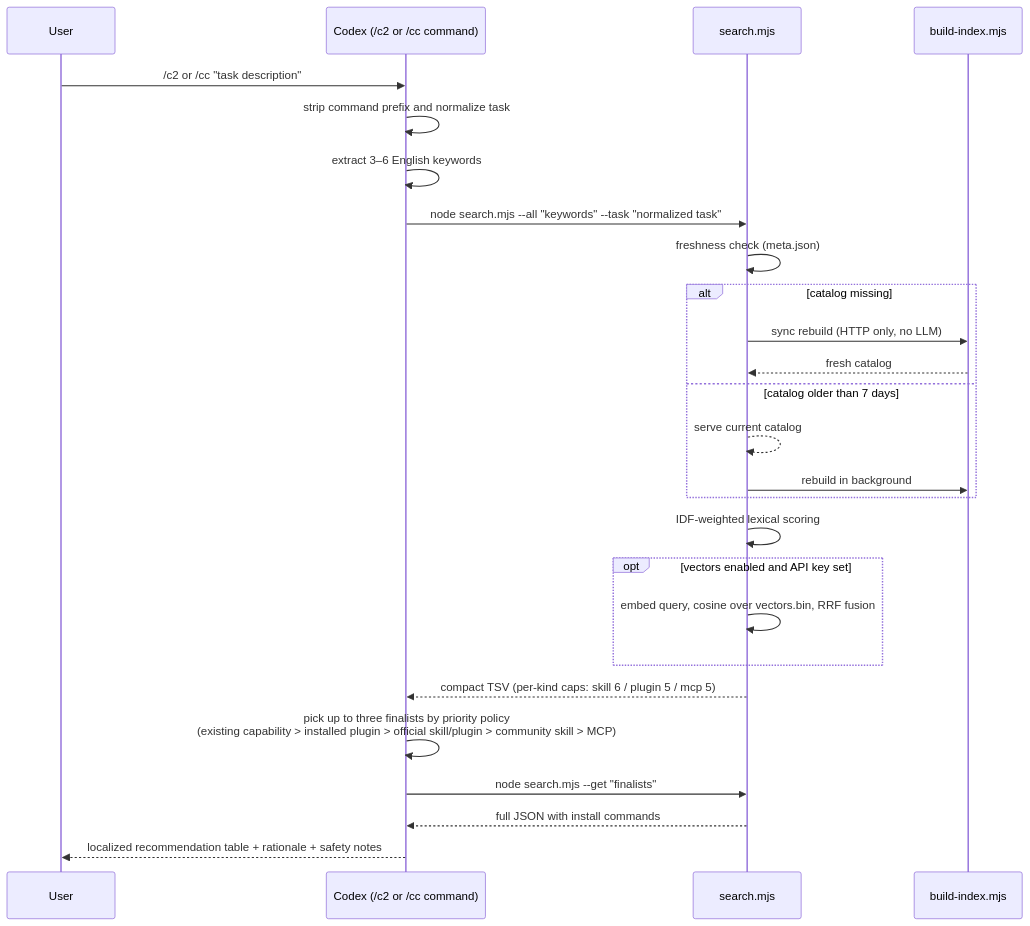
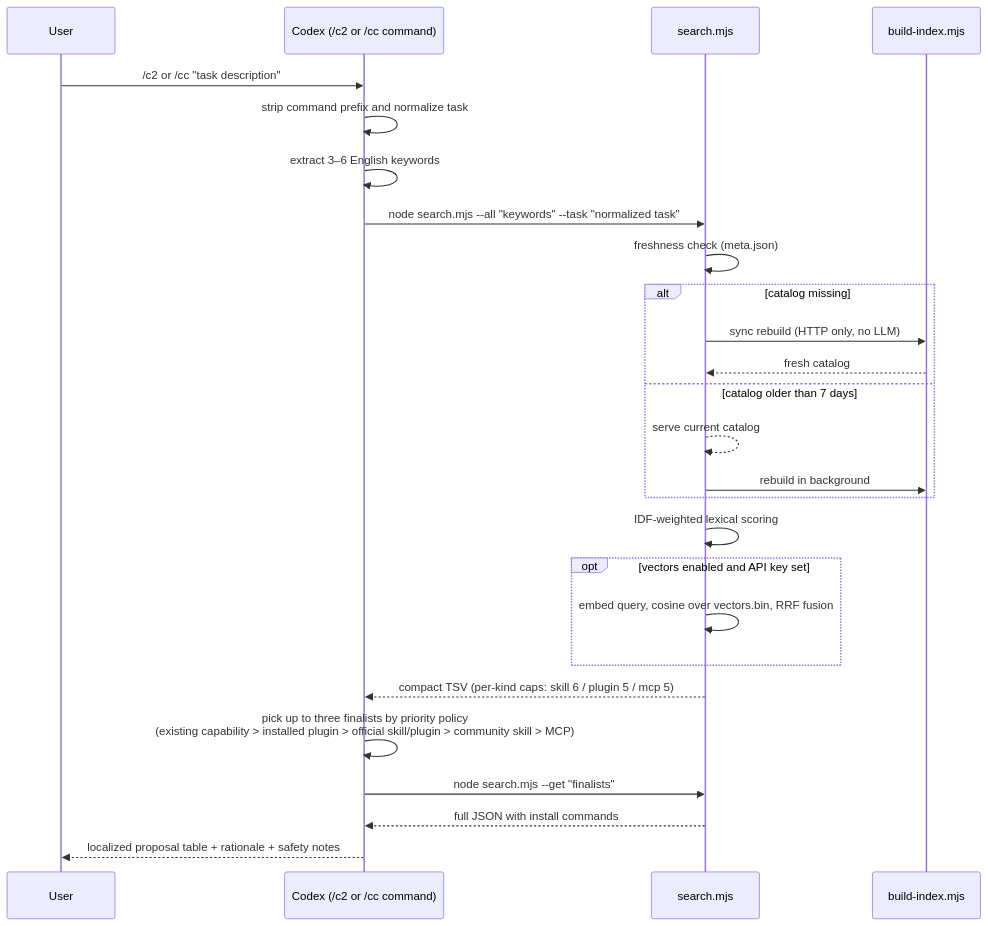
One commit to happygoluckydev/c2 changed the second of 2 diagrams in README.md. Above: the diagram before and after it, drawn with Mermaid. The commit also changed other lines of this file, not shown here.

````diff
--- a/README.md
+++ b/README.md
@@ -85,29 +85,29 @@
 ```mermaid
 sequenceDiagram
     participant U as User
     participant C as Codex (/c2 or /cc command)
     participant S as search.mjs
     participant B as build-index.mjs
 
     U->>C: /c2 or /cc "task description"
     C->>C: strip command prefix and normalize task
     C->>C: extract 3–6 English keywords
     C->>S: node search.mjs --all "keywords" --task "normalized task"
     S->>S: freshness check (meta.json)
     alt catalog missing
         S->>B: sync rebuild (HTTP only, no LLM)
         B-->>S: fresh catalog
     else catalog older than 7 days
         S-->>S: serve current catalog
         S->>B: rebuild in background
     end
     S->>S: IDF-weighted lexical scoring
     opt vectors enabled and API key set
         S->>S: embed query, cosine over vectors.bin, RRF fusion
     end
     S-->>C: compact TSV (per-kind caps: skill 6 / plugin 5 / mcp 5)
     C->>C: pick up to three finalists by priority policy<br/>(existing capability > installed plugin > official skill/plugin > community skill > MCP)
     C->>S: node search.mjs --get "finalists"
     S-->>C: full JSON with install commands
-    C-->>U: localized recommendation table + rationale + safety notes
+    C-->>U: localized proposal table + rationale + safety notes
 ```
````
